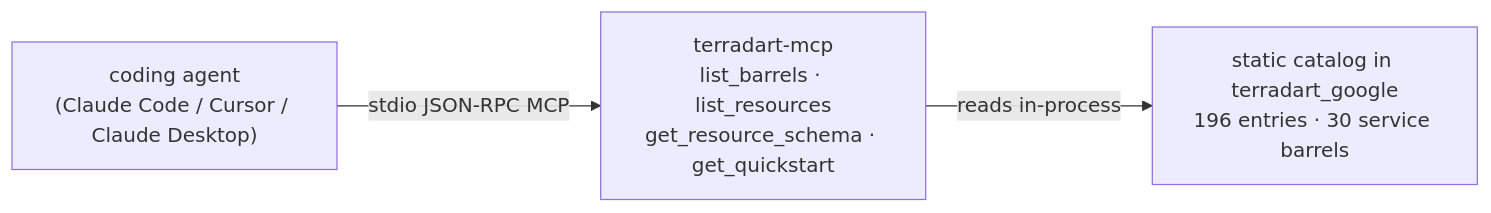
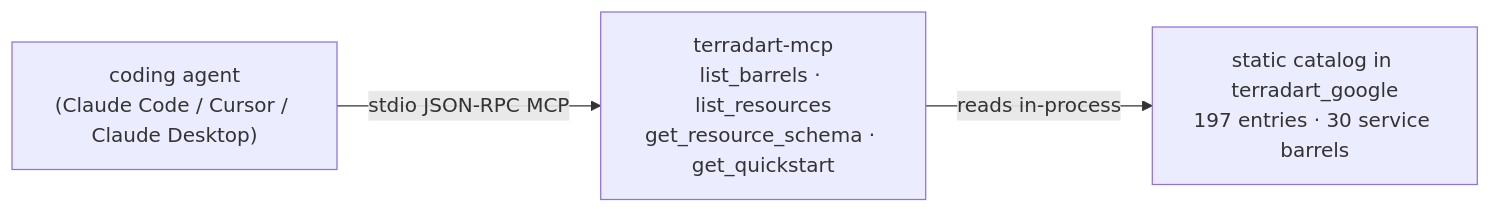
Before and after one commit to nozomi-koborinai/terradart: the diagram in website/src/content/docs/docs/agent/index.md, drawn with Mermaid. The commit also changed other lines of this file and 55 other files, not shown here.

````diff
--- a/website/src/content/docs/docs/agent/index.md
+++ b/website/src/content/docs/docs/agent/index.md
@@ -12,8 +12,8 @@
 ```mermaid
 graph LR
   agent["coding agent<br/>(Claude Code / Cursor / Claude Desktop)"]
   mcp["terradart-mcp<br/>list_barrels · list_resources<br/>get_resource_schema · get_quickstart"]
-  catalog["static catalog in terradart_google<br/>196 entries · 30 service barrels"]
+  catalog["static catalog in terradart_google<br/>197 entries · 30 service barrels"]
   agent -->|stdio JSON-RPC MCP| mcp
   mcp -->|reads in-process| catalog
 ```
````
